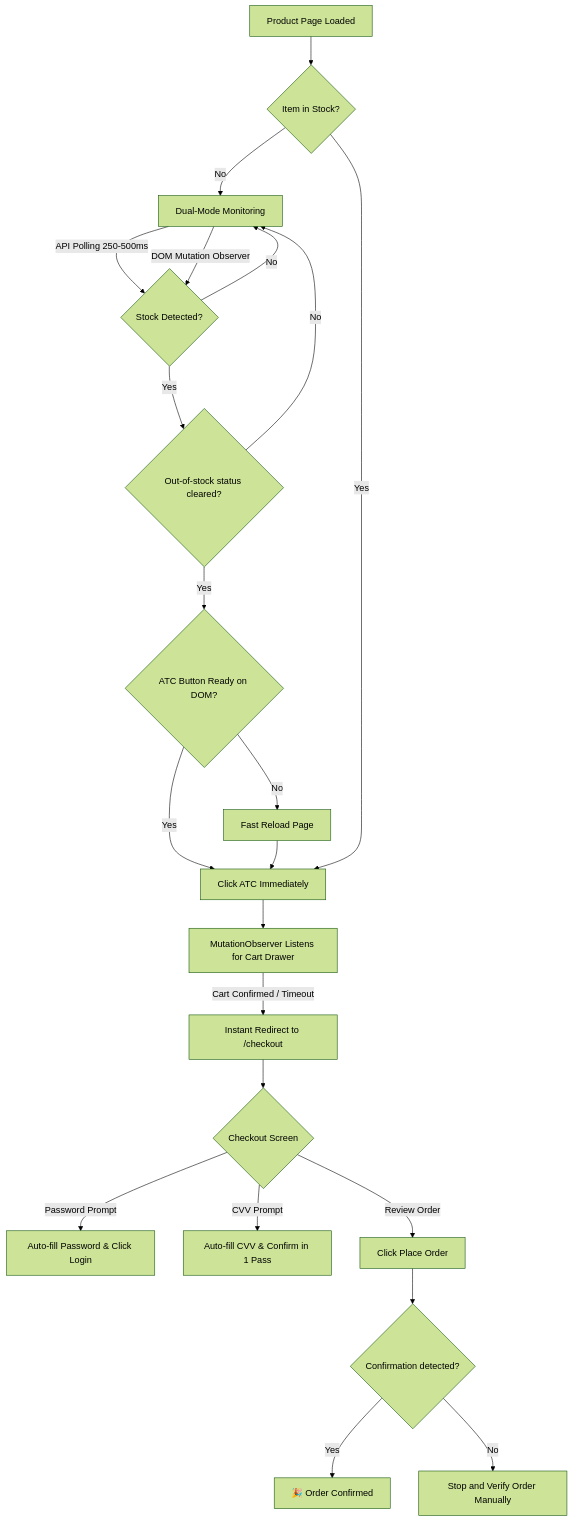
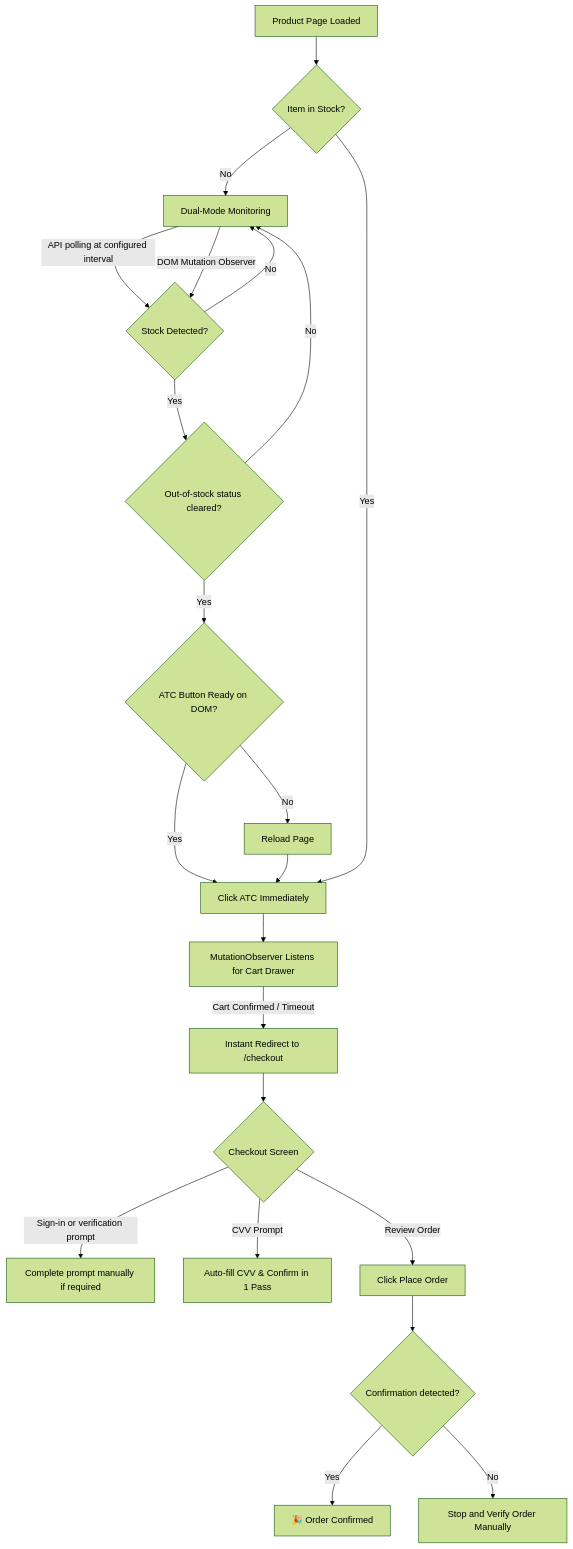
Before and after one commit to pythonicshariful/Target-Auto-Buyer: the diagram in README.md, drawn with Mermaid (forest theme). The commit also changed other lines of this file and 1 other file, not shown here.

````diff
--- a/README.md
+++ b/README.md
@@ -107,23 +104,23 @@
 ```mermaid
 flowchart TD
     A[Product Page Loaded] --> B{Item in Stock?}
     B -- No --> C[Dual-Mode Monitoring]
-    C -->|API Polling 250-500ms| D{Stock Detected?}
+    C -->|API polling at configured interval| D{Stock Detected?}
     C -->|DOM Mutation Observer| D
     D -- No --> C
     D -- Yes --> E{Out-of-stock status cleared?}
     E -- No --> C
     E -- Yes --> F{ATC Button Ready on DOM?}
     F -- Yes --> G[Click ATC Immediately]
-    F -- No --> H[Fast Reload Page] --> G
+    F -- No --> H[Reload Page] --> G
     B -- Yes --> G
     G --> I[MutationObserver Listens for Cart Drawer]
     I -->|Cart Confirmed / Timeout| J[Instant Redirect to /checkout]
     J --> K{Checkout Screen}
-    K -->|Password Prompt| L[Auto-fill Password & Click Login]
+    K -->|Sign-in or verification prompt| L[Complete prompt manually if required]
     K -->|CVV Prompt| M[Auto-fill CVV & Confirm in 1 Pass]
     K -->|Review Order| N[Click Place Order]
     N --> O{Confirmation detected?}
     O -- Yes --> P[🎉 Order Confirmed]
     O -- No --> Q[Stop and Verify Order Manually]
 ```
````
